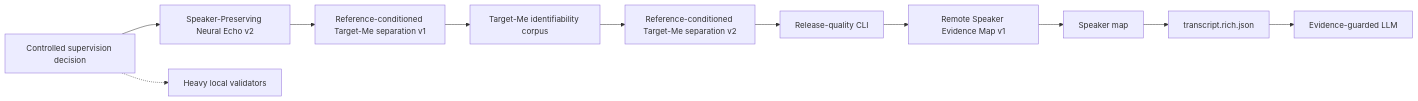
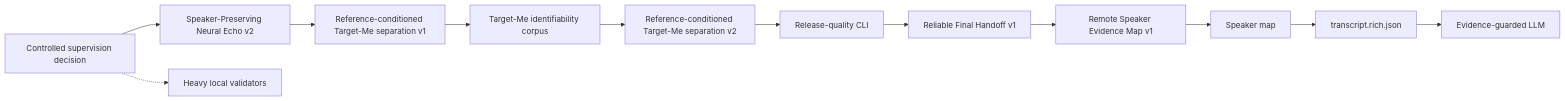
One commit to asukhodko/murmurmark changed the third of 4 diagrams in docs/roadmap/murmurmark-cli-roadmap.md. Above: the diagram before and after it, drawn with Mermaid. The commit also changed other lines of this file and 12 other files, not shown here.

Commit message:
docs: prioritize reliable final handoff

````diff
--- a/docs/roadmap/murmurmark-cli-roadmap.md
+++ b/docs/roadmap/murmurmark-cli-roadmap.md
@@ -198,18 +208,19 @@
 ```mermaid
 flowchart LR
     Q["Controlled supervision decision"]
     E["Speaker-Preserving Neural Echo v2"]
     X["Reference-conditioned Target-Me separation v1"]
     I["Target-Me identifiability corpus"]
     C["Reference-conditioned Target-Me separation v2"]
     R["Release-quality CLI"]
+    F["Reliable Final Handoff v1"]
     D["Remote Speaker Evidence Map v1"]
     S["Speaker map"]
     T["transcript.rich.json"]
     V["Heavy local validators"]
     L["Evidence-guarded LLM"]
 
-    Q --> E --> X --> I --> C --> R --> D
+    Q --> E --> X --> I --> C --> R --> F --> D
     D --> S --> T --> L
     Q -.-> V
 ```
````
